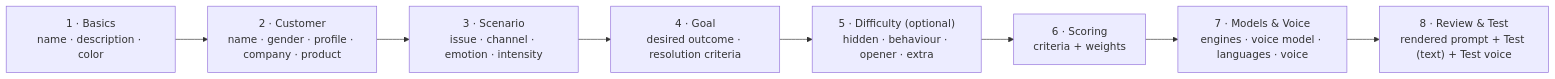
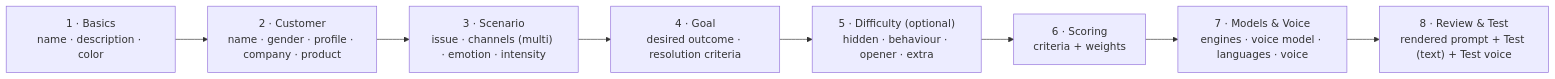
One commit to shaik-pentafox/learnium changed the fourth of 6 diagrams in docs/PERSONA_PROMPT_ARCHITECTURE.md. Above: the diagram before and after it, drawn with Mermaid. The commit also changed other lines of this file and 60 other files, not shown here.

````diff
--- a/docs/PERSONA_PROMPT_ARCHITECTURE.md
+++ b/docs/PERSONA_PROMPT_ARCHITECTURE.md
@@ -287,11 +297,11 @@
 ```mermaid
 flowchart LR
     ST1["1 · Basics<br/>name · description · color"] -->
     ST2["2 · Customer<br/>name · gender · profile · company · product"] -->
-    ST3["3 · Scenario<br/>issue · channel · emotion · intensity"] -->
+    ST3["3 · Scenario<br/>issue · channels (multi) · emotion · intensity"] -->
     ST4["4 · Goal<br/>desired outcome · resolution criteria"] -->
     ST5["5 · Difficulty (optional)<br/>hidden · behaviour · opener · extra"] -->
     ST6["6 · Scoring<br/>criteria + weights"] -->
     ST7["7 · Models & Voice<br/>engines · voice model · languages · voice"] -->
     ST8["8 · Review & Test<br/>rendered prompt + Test (text) + Test voice"]
 ```
````
